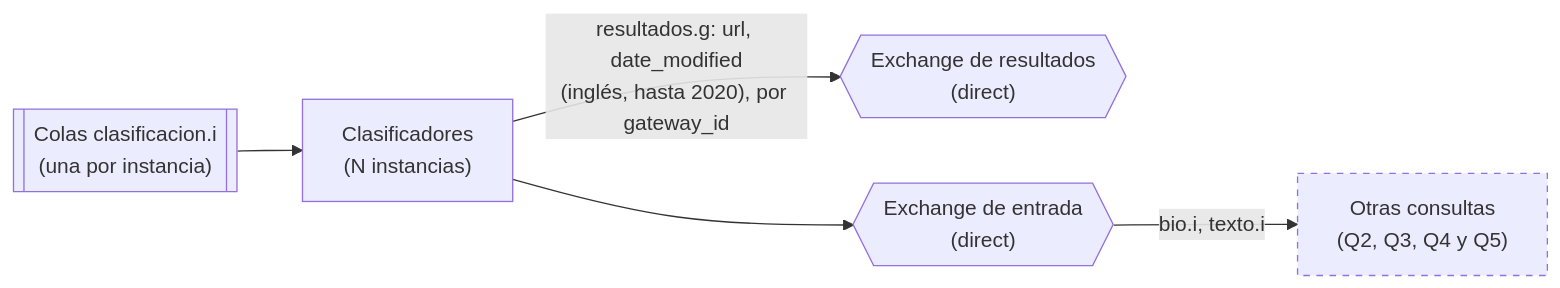
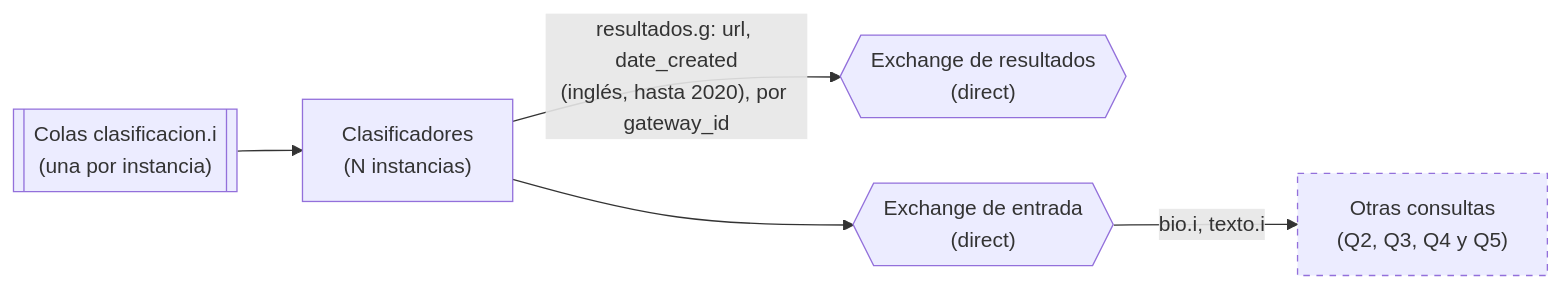
Before and after one commit to Cristobal710/tp-final-distribuidos: the sixth of 14 diagrams in diagramas/README.md, drawn with Mermaid. The commit also changed other lines of this file and 2 other files, not shown here.

Commit message:
feat: Agrego diagrama de robustez y c4

````diff
--- a/diagramas/README.md
+++ b/diagramas/README.md
@@ -290,10 +290,10 @@
 ```mermaid
 flowchart LR
     QCL[["Colas clasificacion.i<br/>(una por instancia)"]] --> CL["Clasificadores<br/>(N instancias)"]
-    CL -- "resultados.g: url, date_modified<br/>(inglés, hasta 2020), por gateway_id" --> EXR{{"Exchange de resultados<br/>(direct)"}}
+    CL -- "resultados.g: url, date_created<br/>(inglés, hasta 2020), por gateway_id" --> EXR{{"Exchange de resultados<br/>(direct)"}}
     CL --> EXE{{"Exchange de entrada<br/>(direct)"}}
     EXE -- "bio.i, texto.i" --> OTRAS["Otras consultas<br/>(Q2, Q3, Q4 y Q5)"]
 
     classDef resto stroke-dasharray: 5 5
     class OTRAS resto
 ```
````
